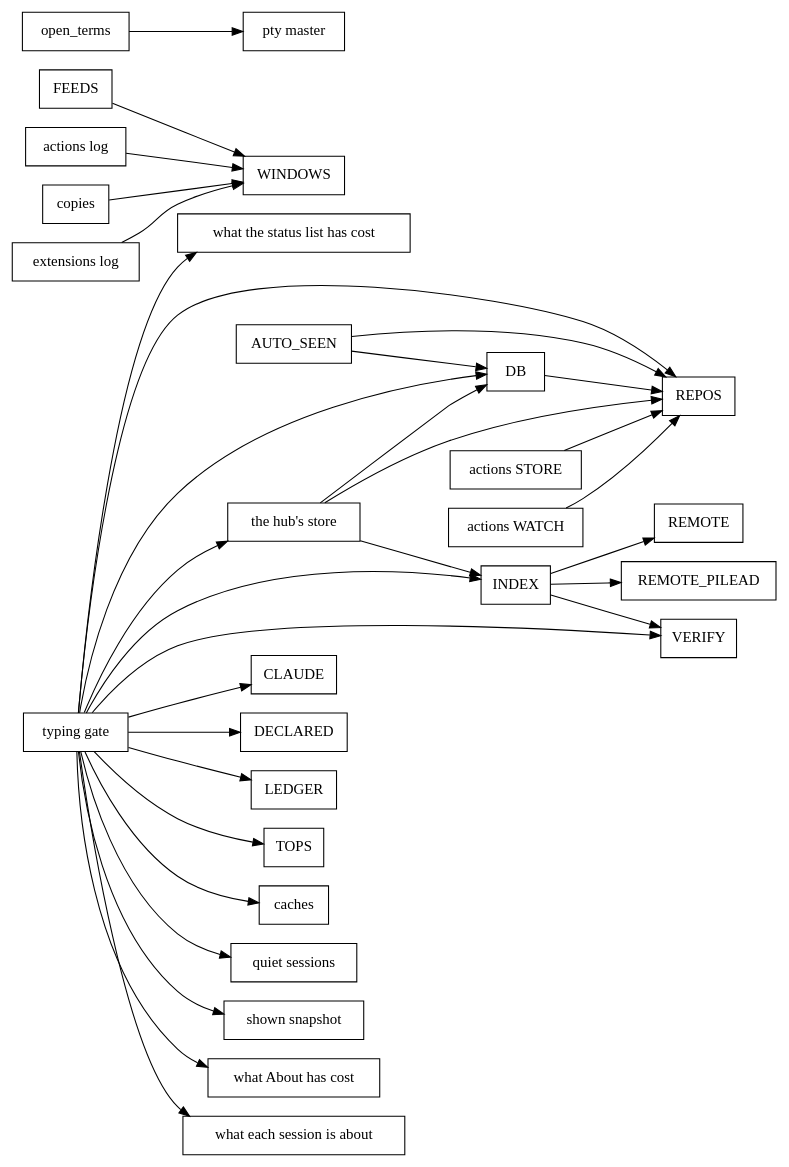
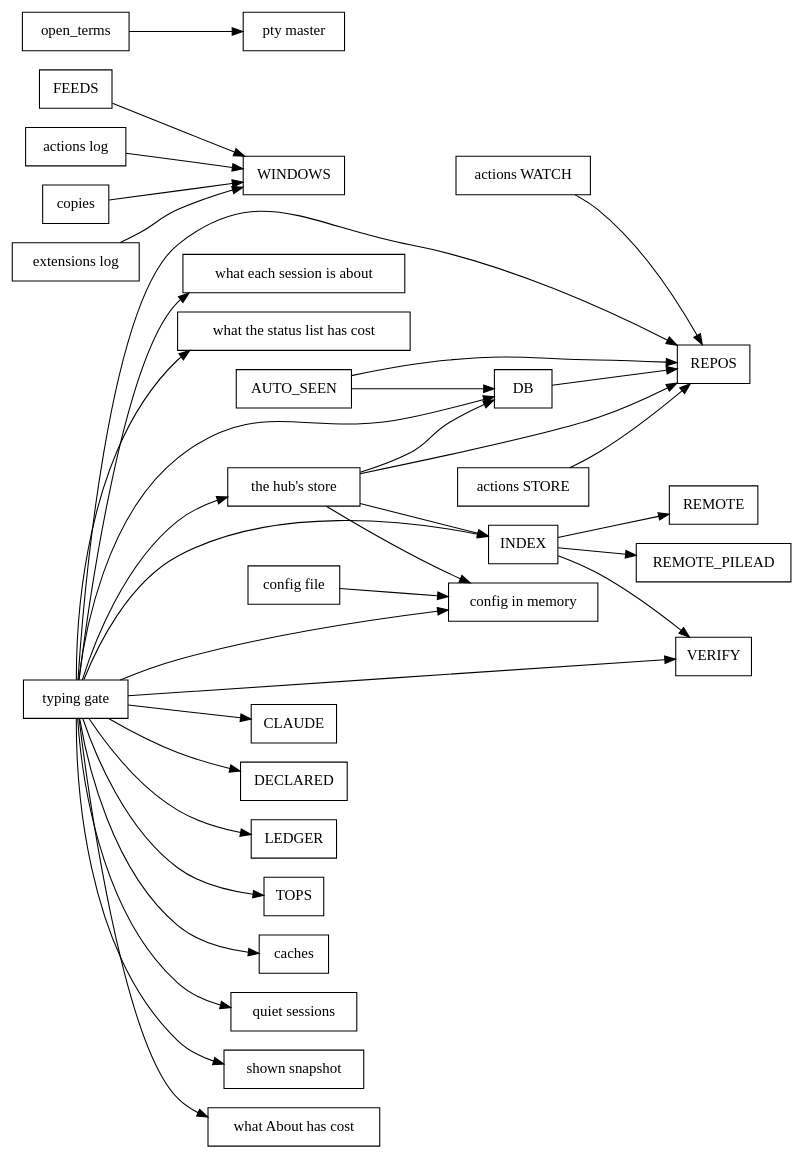
One commit to spacegrowth/cue changed the diagram in docs/dev/lock-graph.dot. Above: the diagram before and after it, drawn with Graphviz. The commit also changed 10 other files, not shown here.

First line of the commit message:
Settings from memory: config.json kept in memory, macOS asked off-thread

```diff
--- a/docs/dev/lock-graph.dot
+++ b/docs/dev/lock-graph.dot
@@ -1,36 +1,39 @@
 // Generated by `cargo run -p xtask -- inventory`; don't edit by hand.
 digraph locks {
   rankdir=LR;
   node [shape=box];
   "AUTO_SEEN" -> "DB";
   "AUTO_SEEN" -> "REPOS";
   "DB" -> "REPOS";
   "FEEDS" -> "WINDOWS";
   "INDEX" -> "REMOTE";
   "INDEX" -> "REMOTE_PILEAD";
   "INDEX" -> "VERIFY";
   "actions STORE" -> "REPOS";
   "actions WATCH" -> "REPOS";
   "actions log" -> "WINDOWS";
+  "config file" -> "config in memory";
   "copies" -> "WINDOWS";
   "extensions log" -> "WINDOWS";
   "open_terms" -> "pty master";
   "the hub's store" -> "DB";
   "the hub's store" -> "INDEX";
   "the hub's store" -> "REPOS";
+  "the hub's store" -> "config in memory";
   "typing gate" -> "CLAUDE";
   "typing gate" -> "DB";
   "typing gate" -> "DECLARED";
   "typing gate" -> "INDEX";
   "typing gate" -> "LEDGER";
   "typing gate" -> "REPOS";
   "typing gate" -> "TOPS";
   "typing gate" -> "VERIFY";
   "typing gate" -> "caches";
+  "typing gate" -> "config in memory";
   "typing gate" -> "quiet sessions";
   "typing gate" -> "shown snapshot";
   "typing gate" -> "the hub's store";
   "typing gate" -> "what About has cost";
   "typing gate" -> "what each session is about";
   "typing gate" -> "what the status list has cost";
 }
```
